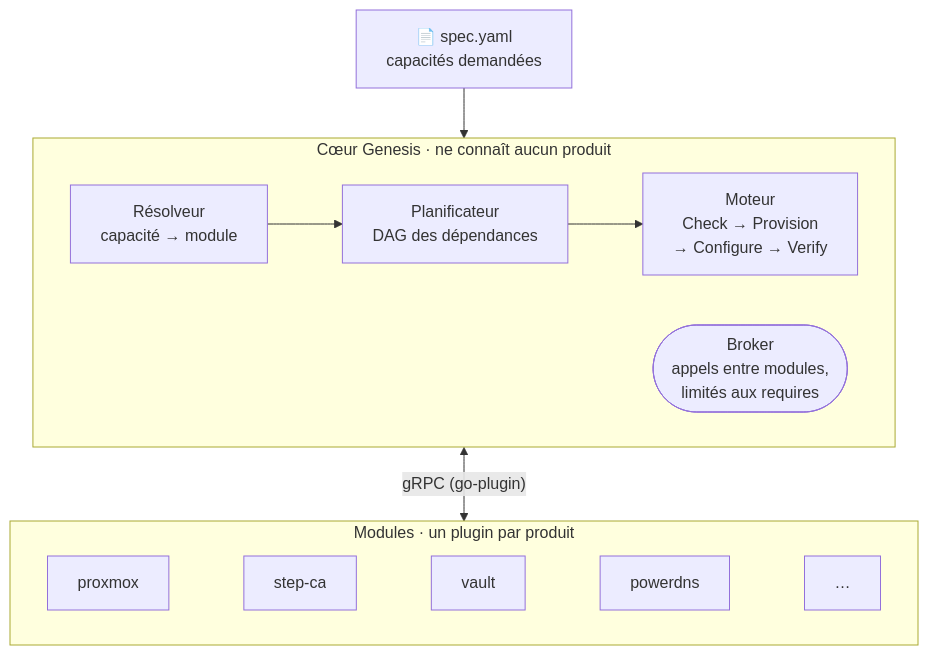
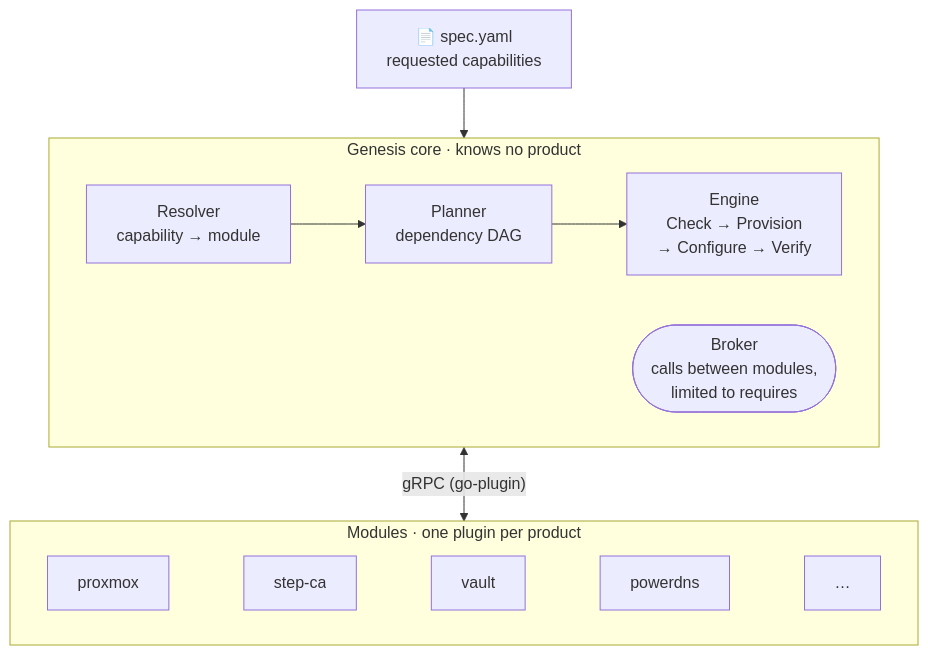
The first of 2 diagrams in README.md (WhiteRoseLK/genesis), drawn with Mermaid before and after one commit. The commit also changed other lines of this file and 224 other files, not shown here.

````diff
--- a/README.md
+++ b/README.md
@@ -40,17 +40,17 @@
 ```mermaid
 flowchart TB
-  spec["📄 spec.yaml<br/>capacités demandées"] --> core
+  spec["📄 spec.yaml<br/>requested capabilities"] --> core
 
-  subgraph core["Cœur Genesis · ne connaît aucun produit"]
+  subgraph core["Genesis core · knows no product"]
     direction LR
-    R["Résolveur<br/>capacité → module"] --> P["Planificateur<br/>DAG des dépendances"] --> E["Moteur<br/>Check → Provision<br/>→ Configure → Verify"]
-    B(["Broker<br/>appels entre modules,<br/>limités aux requires"])
+    R["Resolver<br/>capability → module"] --> P["Planner<br/>dependency DAG"] --> E["Engine<br/>Check → Provision<br/>→ Configure → Verify"]
+    B(["Broker<br/>calls between modules,<br/>limited to requires"])
   end
 
   core <-->|"gRPC (go-plugin)"| mods
 
-  subgraph mods["Modules · un plugin par produit"]
+  subgraph mods["Modules · one plugin per product"]
     direction LR
     M1["proxmox"] ~~~ M2["step-ca"] ~~~ M3["vault"] ~~~ M4["powerdns"] ~~~ M5["…"]
   end
 ```
````
